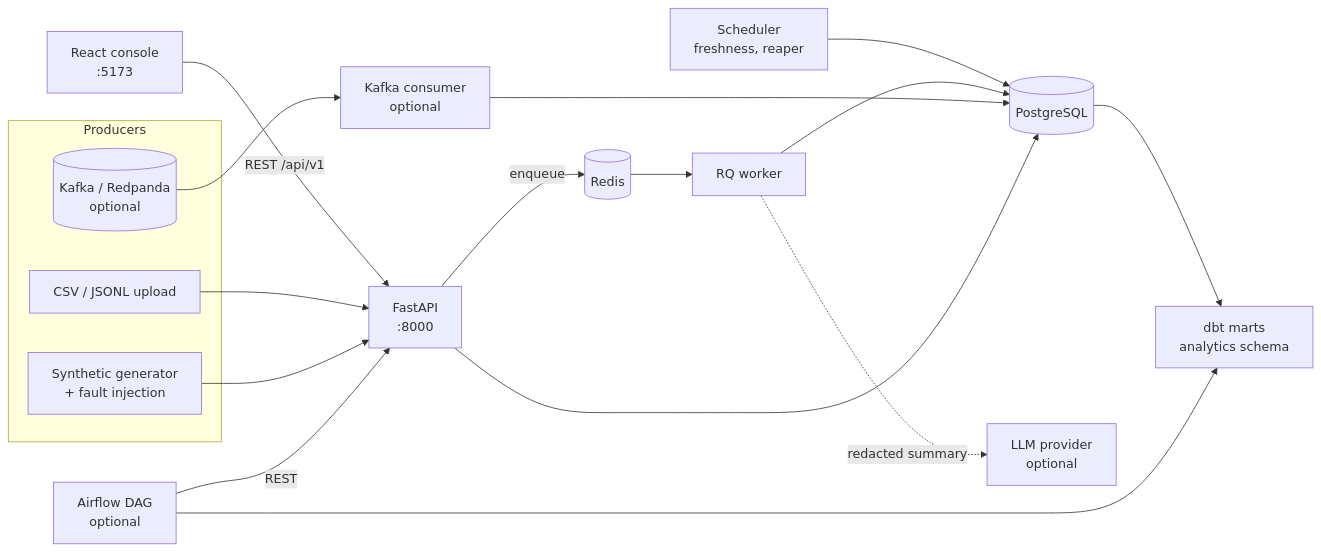
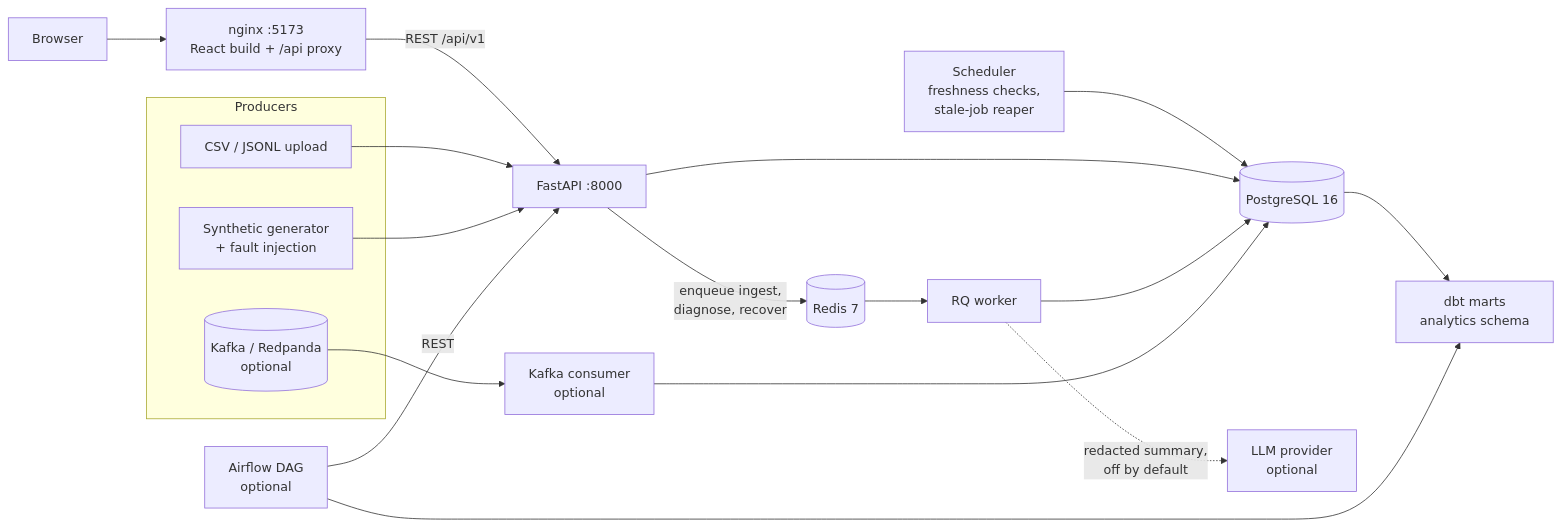
One commit to saxipatel/datarescue-ai changed the second of 3 diagrams in README.md. Above: the diagram before and after it, drawn with Mermaid. The commit also changed other lines of this file and 16 other files, not shown here.

````diff
--- a/README.md
+++ b/README.md
@@ -88,22 +137,22 @@
 ```mermaid
 flowchart LR
     subgraph Producers
-        F[CSV / JSONL upload]
-        G[Synthetic generator<br/>+ fault injection]
-        K[(Kafka / Redpanda<br/>optional)]
+        F["CSV / JSONL upload"]
+        G["Synthetic generator<br/>+ fault injection"]
+        K[("Kafka / Redpanda<br/>optional")]
     end
-    UI[React console<br/>:5173] -->|REST /api/v1| API[FastAPI<br/>:8000]
+    B["Browser"] --> NG["nginx :5173<br/>React build + /api proxy"]
+    NG -->|"REST /api/v1"| API["FastAPI :8000"]
     F --> API
     G --> API
-    K --> KC[Kafka consumer<br/>optional]
-    API -->|enqueue| R[(Redis)]
-    R --> W[RQ worker]
-    S[Scheduler<br/>freshness, reaper] --> PG
-    W --> PG[(PostgreSQL)]
-    KC --> PG
-    API --> PG
-    PG --> DBT[dbt marts<br/>analytics schema]
-    AF[Airflow DAG<br/>optional] -->|REST| API
+    API -->|"enqueue ingest,<br/>diagnose, recover"| R[("Redis 7")]
+    R --> W["RQ worker"]
+    S["Scheduler<br/>freshness checks,<br/>stale-job reaper"] --> PG
+    API --> PG[("PostgreSQL 16")]
+    W --> PG
+    K --> KC["Kafka consumer<br/>optional"] --> PG
+    PG --> DBT["dbt marts<br/>analytics schema"]
+    AF["Airflow DAG<br/>optional"] -->|"REST"| API
     AF --> DBT
-    W -. redacted summary .-> LLM[LLM provider<br/>optional]
+    W -. "redacted summary,<br/>off by default" .-> LLM["LLM provider<br/>optional"]
 ```
````
